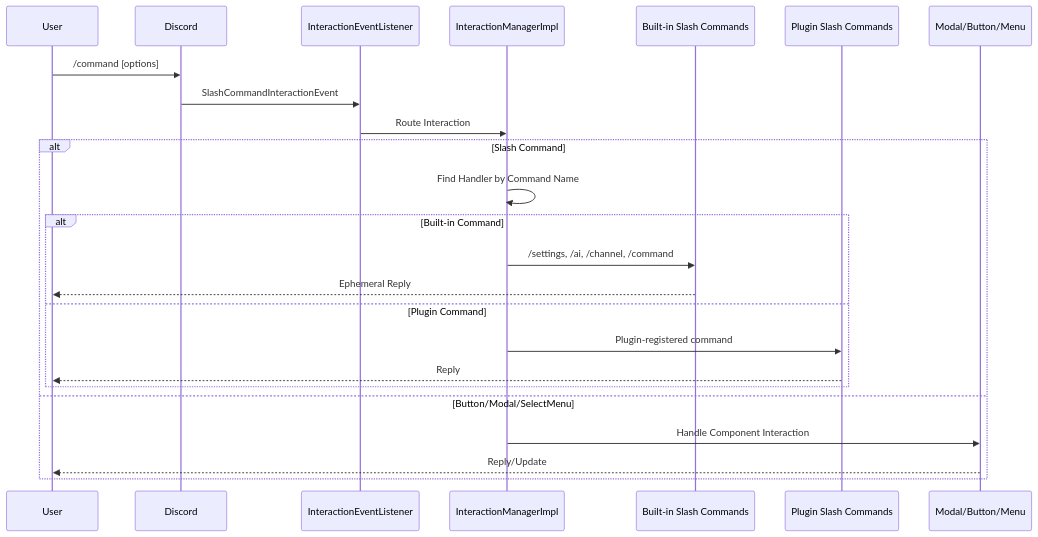
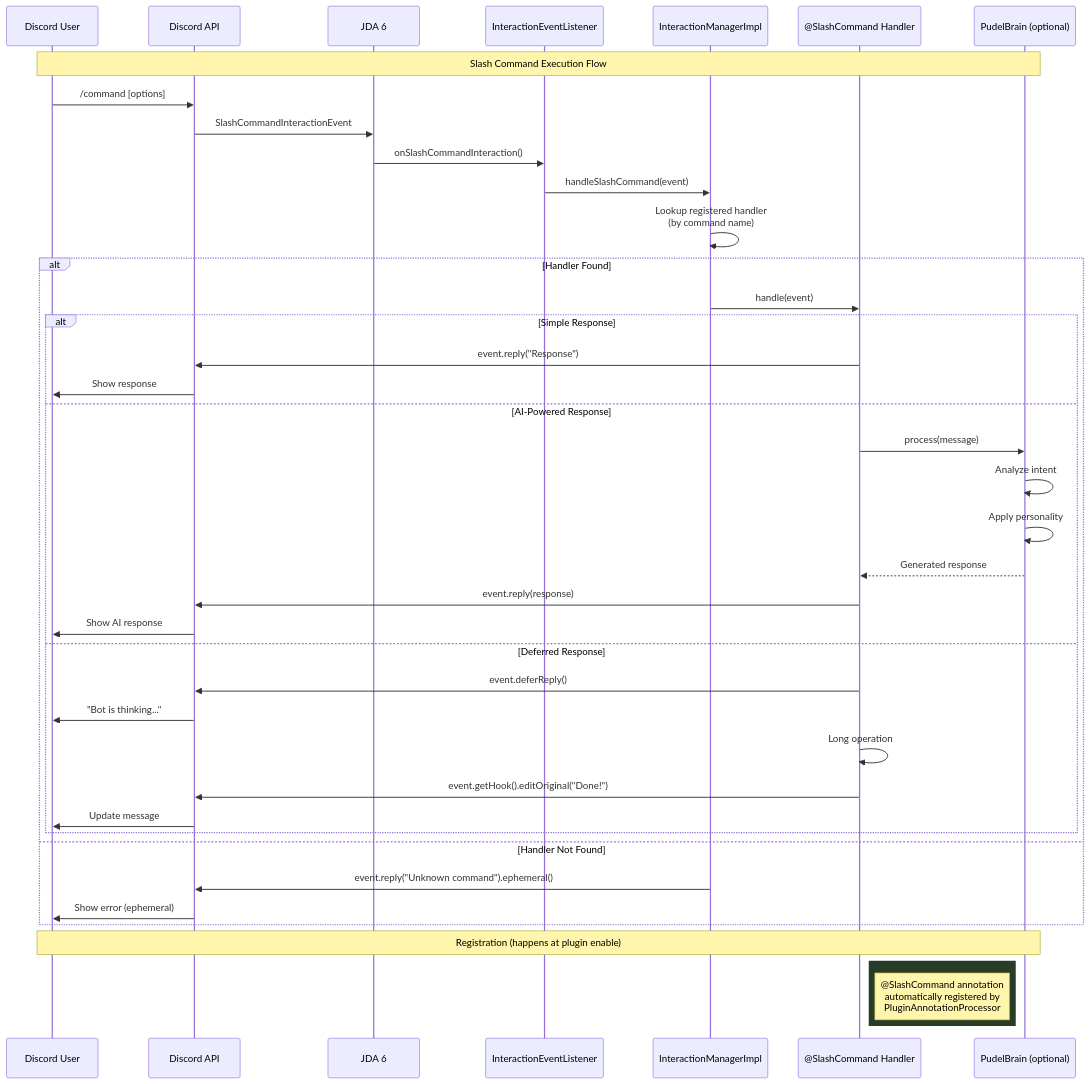
One commit to Zazalng/Pudel-Spring-Boot changed the diagram in docs/flowchart/architecture/SlashCommandFlow.mermaid. Above: the diagram before and after it, drawn with Mermaid. The commit also changed 57 other files, not shown here.

```diff
--- a/docs/flowchart/architecture/SlashCommandFlow.mermaid
+++ b/docs/flowchart/architecture/SlashCommandFlow.mermaid
@@ -1,26 +1,50 @@
+%% Pudel Slash Command Flow v2.0.0
+
 sequenceDiagram
-    participant User
-    participant Discord
+    participant User as Discord User
+    participant Discord as Discord API
+    participant JDA as JDA 6
     participant Listener as InteractionEventListener
     participant Manager as InteractionManagerImpl
-    participant Builtin as Built-in Slash Commands
-    participant Plugin as Plugin Slash Commands
-    participant Other as Modal/Button/Menu
+    participant Handler as @SlashCommand Handler
+    participant Brain as PudelBrain (optional)
+
+    Note over User,Brain: Slash Command Execution Flow
 
     User->>Discord: /command [options]
-    Discord->>Listener: SlashCommandInteractionEvent
-    Listener->>Manager: Route Interaction
+    Discord->>JDA: SlashCommandInteractionEvent
+    JDA->>Listener: onSlashCommandInteraction()
 
-    alt Slash Command
-        Manager->>Manager: Find Handler by Command Name
-        alt Built-in Command
-            Manager->>Builtin: /settings, /ai, /channel, /command
-            Builtin-->>User: Ephemeral Reply
-        else Plugin Command
-            Manager->>Plugin: Plugin-registered command
-            Plugin-->>User: Reply
+    Listener->>Manager: handleSlashCommand(event)
+    Manager->>Manager: Lookup registered handler<br/>(by command name)
+
+    alt Handler Found
+        Manager->>Handler: handle(event)
+
+        alt Simple Response
+            Handler->>Discord: event.reply("Response")
+            Discord->>User: Show response
+        else AI-Powered Response
+            Handler->>Brain: process(message)
+            Brain->>Brain: Analyze intent
+            Brain->>Brain: Apply personality
+            Brain-->>Handler: Generated response
+            Handler->>Discord: event.reply(response)
+            Discord->>User: Show AI response
+        else Deferred Response
+            Handler->>Discord: event.deferReply()
+            Discord->>User: "Bot is thinking..."
+            Handler->>Handler: Long operation
+            Handler->>Discord: event.getHook().editOriginal("Done!")
+            Discord->>User: Update message
         end
-    else Button/Modal/SelectMenu
-        Manager->>Other: Handle Component Interaction
-        Other-->>User: Reply/Update
+    else Handler Not Found
+        Manager->>Discord: event.reply("Unknown command").ephemeral()
+        Discord->>User: Show error (ephemeral)
     end
+
+    Note over User,Brain: Registration (happens at plugin enable)
+
+    rect rgb(40, 60, 40)
+        Note right of Handler: @SlashCommand annotation<br/>automatically registered by<br/>PluginAnnotationProcessor
+    end
```
